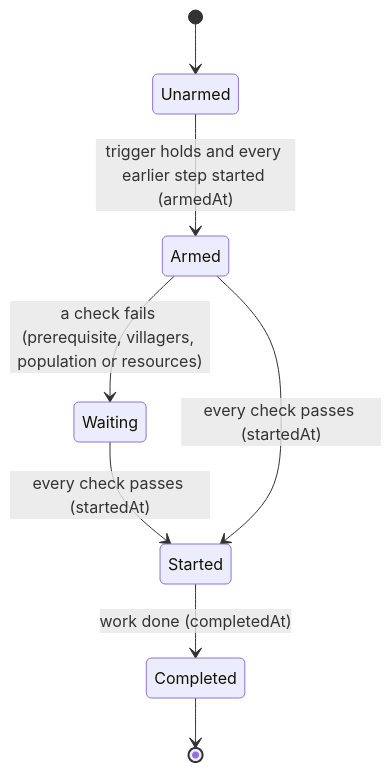
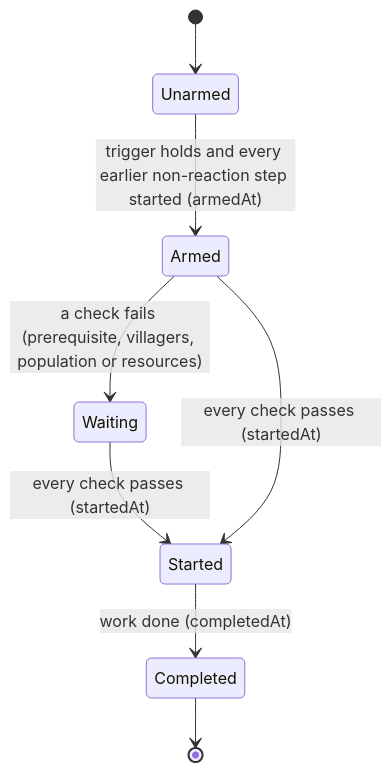
One commit to NicholasKChoi/WOTR_Combat_Simulator changed the second of 2 diagrams in docs/aoe4-build-order.md. Above: the diagram before and after it, drawn with Mermaid. The commit also changed other lines of this file and 24 other files, not shown here.

````diff
--- a/docs/aoe4-build-order.md
+++ b/docs/aoe4-build-order.md
@@ -632,10 +652,10 @@
 ```mermaid
 stateDiagram-v2
   [*] --> Unarmed
-  Unarmed --> Armed: trigger holds and every earlier step started (armedAt)
+  Unarmed --> Armed: trigger holds and every earlier non-reaction step started (armedAt)
   Armed --> Waiting: a check fails (prerequisite, villagers, population or resources)
   Waiting --> Started: every check passes (startedAt)
   Armed --> Started: every check passes (startedAt)
   Started --> Completed: work done (completedAt)
   Completed --> [*]
 ```
````
